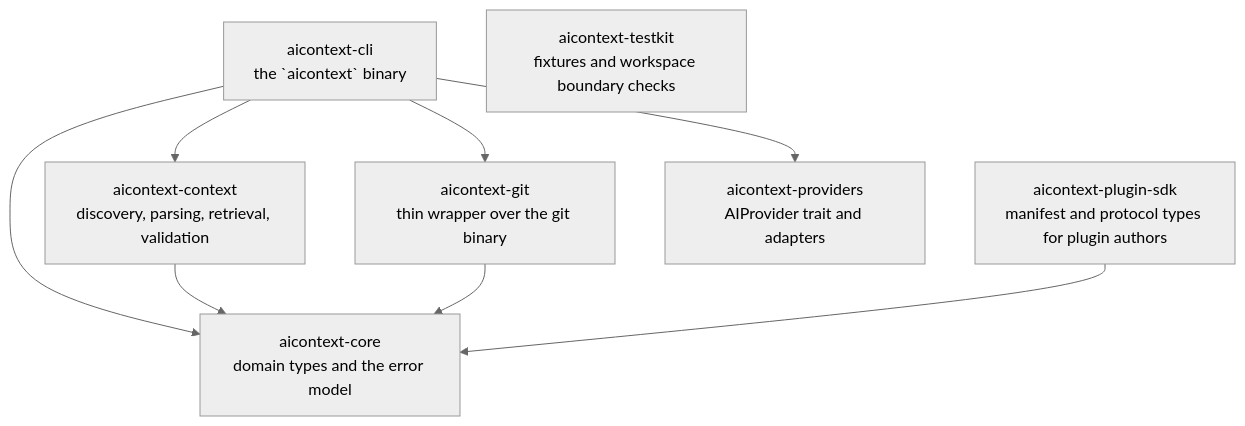
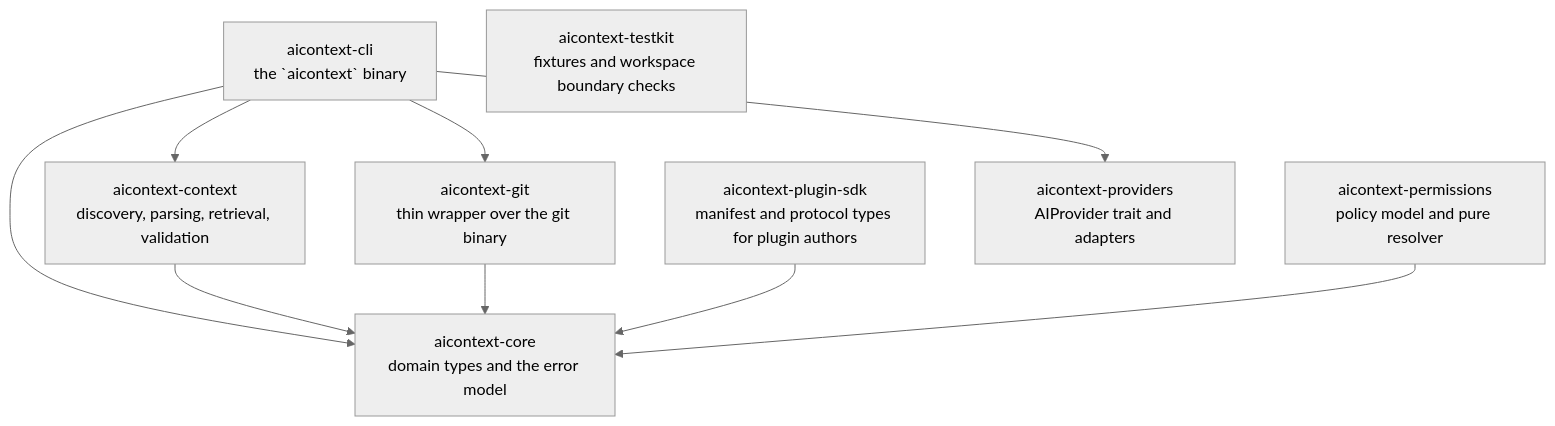
One commit to Vinit010/AI-Context-OS changed the second of 2 diagrams in README.md. Above: the diagram before and after it, drawn with Mermaid (neutral theme). The commit also changed other lines of this file and 10 other files, not shown here.

````diff
--- a/README.md
+++ b/README.md
@@ -189,18 +189,20 @@
 ```mermaid
 flowchart TD
     CLI["aicontext-cli<br/>the `aicontext` binary"]
     CTX["aicontext-context<br/>discovery, parsing, retrieval, validation"]
     GIT["aicontext-git<br/>thin wrapper over the git binary"]
     CORE["aicontext-core<br/>domain types and the error model"]
     SDK["aicontext-plugin-sdk<br/>manifest and protocol types for plugin authors"]
+    PERM["aicontext-permissions<br/>policy model and pure resolver"]
     PROV["aicontext-providers<br/>AIProvider trait and adapters"]
     TK["aicontext-testkit<br/>fixtures and workspace boundary checks"]
 
     CLI --> CTX
     CLI --> GIT
     CLI --> CORE
     CLI --> PROV
     CTX --> CORE
     GIT --> CORE
     SDK --> CORE
+    PERM --> CORE
 ```
````
